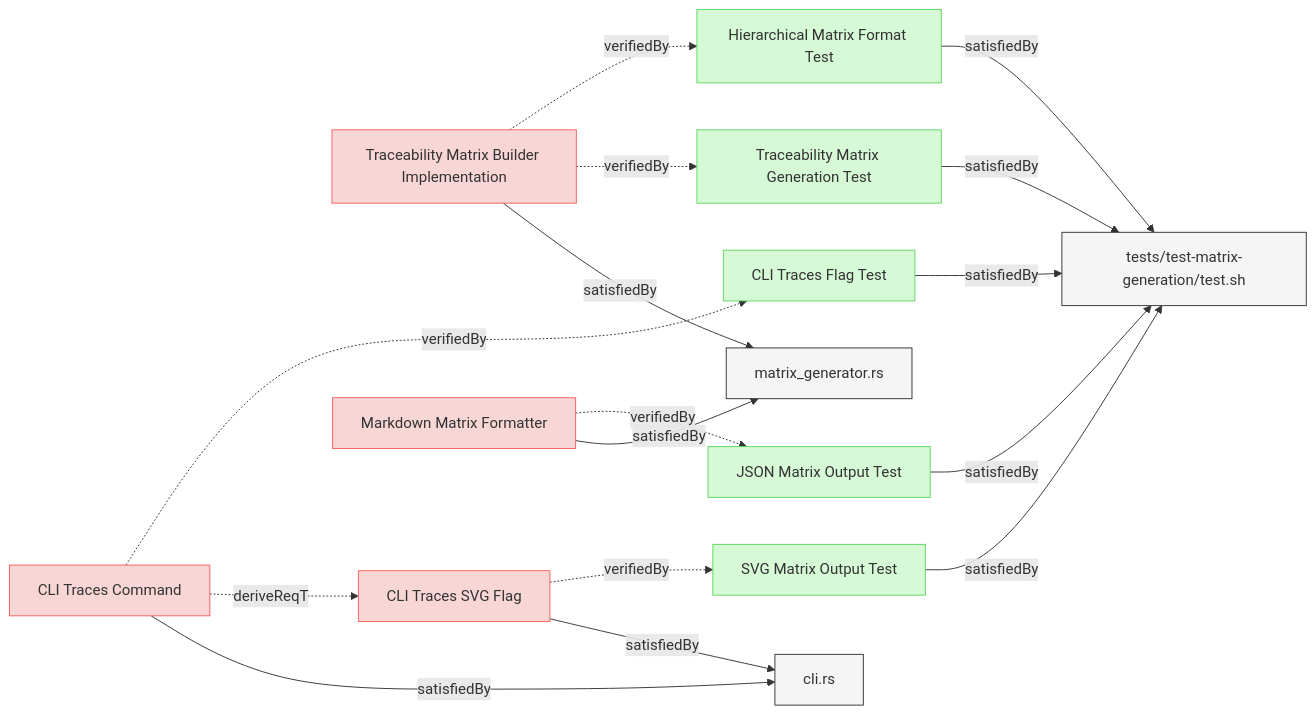
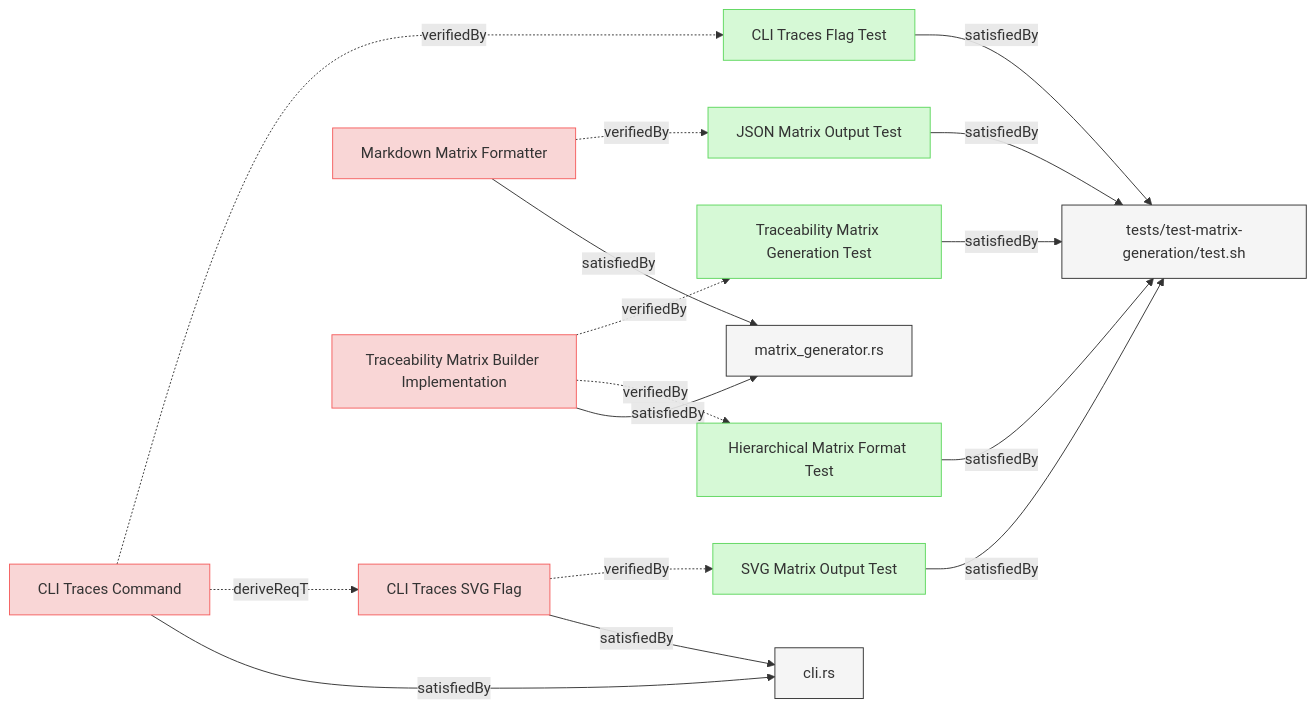
The diagram in specifications/Verifications/TreacibilityMatrix.md (reqvire-org/reqvire), drawn with Mermaid before and after one commit. The commit also changed other lines of this file and 23 other files, not shown here.

````diff
--- a/specifications/Verifications/TreacibilityMatrix.md
+++ b/specifications/Verifications/TreacibilityMatrix.md
@@ -6,78 +6,78 @@
 ```mermaid
 graph LR;
   %% Graph styling
   classDef requirement fill:#f9d6d6,stroke:#f55f5f,stroke-width:1px;
   classDef verification fill:#d6f9d6,stroke:#5fd75f,stroke-width:1px;
   classDef externalLink fill:#d0e0ff,stroke:#3080ff,stroke-width:1px;
   classDef default fill:#f5f5f5,stroke:#333333,stroke-width:1px;
 
+  5a25cf6244f4f44["Hierarchical Matrix Format Test"];
+  class 5a25cf6244f4f44 verification;
+  click 5a25cf6244f4f44 "TreacibilityMatrix.md#hierarchical-matrix-format-test";
+  8aec4f4d071ac12c["tests/test-matrix-generation/test.sh"];
+  class 8aec4f4d071ac12c default;
+  click 8aec4f4d071ac12c "../../tests/test-matrix-generation/test.sh";
+  5a25cf6244f4f44 -->|satisfiedBy| 8aec4f4d071ac12c;
   62b41611d85d4161["SVG Matrix Output Test"];
   class 62b41611d85d4161 verification;
   click 62b41611d85d4161 "TreacibilityMatrix.md#svg-matrix-output-test";
   8aec4f4d071ac12c["tests/test-matrix-generation/test.sh"];
   class 8aec4f4d071ac12c default;
   click 8aec4f4d071ac12c "../../tests/test-matrix-generation/test.sh";
   62b41611d85d4161 -->|satisfiedBy| 8aec4f4d071ac12c;
   aa85c85e7c41d899["Traceability Matrix Generation Test"];
   class aa85c85e7c41d899 verification;
   click aa85c85e7c41d899 "TreacibilityMatrix.md#traceability-matrix-generation-test";
   8aec4f4d071ac12c["tests/test-matrix-generation/test.sh"];
   class 8aec4f4d071ac12c default;
   click 8aec4f4d071ac12c "../../tests/test-matrix-generation/test.sh";
   aa85c85e7c41d899 -->|satisfiedBy| 8aec4f4d071ac12c;
+  7f6c7f917ed529ae["CLI Traces Flag Test"];
+  class 7f6c7f917ed529ae verification;
+  click 7f6c7f917ed529ae "TreacibilityMatrix.md#cli-traces-flag-test";
+  8aec4f4d071ac12c["tests/test-matrix-generation/test.sh"];
+  class 8aec4f4d071ac12c default;
+  click 8aec4f4d071ac12c "../../tests/test-matrix-generation/test.sh";
+  7f6c7f917ed529ae -->|satisfiedBy| 8aec4f4d071ac12c;
   50c290277850dd17["JSON Matrix Output Test"];
   class 50c290277850dd17 verification;
   click 50c290277850dd17 "TreacibilityMatrix.md#json-matrix-output-test";
   8aec4f4d071ac12c["tests/test-matrix-generation/test.sh"];
   class 8aec4f4d071ac12c default;
   click 8aec4f4d071ac12c "../../tests/test-matrix-generation/test.sh";
   50c290277850dd17 -->|satisfiedBy| 8aec4f4d071ac12c;
-  7f6c7f917ed529ae["CLI Traces Flag Test"];
-  class 7f6c7f917ed529ae verification;
-  click 7f6c7f917ed529ae "TreacibilityMatrix.md#cli-traces-flag-test";
-  8aec4f4d071ac12c["tests/test-matrix-generation/test.sh"];
-  class 8aec4f4d071ac12c default;
-  click 8aec4f4d071ac12c "../../tests/test-matrix-generation/test.sh";
-  7f6c7f917ed529ae -->|satisfiedBy| 8aec4f4d071ac12c;
-  5a25cf6244f4f44["Hierarchical Matrix Format Test"];
-  class 5a25cf6244f4f44 verification;
-  click 5a25cf6244f4f44 "TreacibilityMatrix.md#hierarchical-matrix-format-test";
-  8aec4f4d071ac12c["tests/test-matrix-generation/test.sh"];
-  class 8aec4f4d071ac12c default;
-  click 8aec4f4d071ac12c "../../tests/test-matrix-generation/test.sh";
-  5a25cf6244f4f44 -->|satisfiedBy| 8aec4f4d071ac12c;
-  b55d8517cd3e58["Traceability Matrix Builder Implementation"];
-  class b55d8517cd3e58 requirement;
-  click b55d8517cd3e58 "../SystemRequirements/Requirements.md#traceability-matrix-builder-implementation";
-  16bf75b57622c10["matrix_generator.rs"];
-  class 16bf75b57622c10 default;
-  click 16bf75b57622c10 "../../core/src/matrix_generator.rs";
-  b55d8517cd3e58 -->|satisfiedBy| 16bf75b57622c10;
-  b55d8517cd3e58 -.->|verifiedBy| aa85c85e7c41d899;
-  b55d8517cd3e58 -.->|verifiedBy| 5a25cf6244f4f44;
   1d9a1c502316e443["CLI Traces SVG Flag"];
   class 1d9a1c502316e443 requirement;
   click 1d9a1c502316e443 "../SystemRequirements/Requirements.md#cli-traces-svg-flag";
   80defdd4cbc7ee18["cli.rs"];
   class 80defdd4cbc7ee18 default;
   click 80defdd4cbc7ee18 "../../cli/src/cli.rs";
   1d9a1c502316e443 -->|satisfiedBy| 80defdd4cbc7ee18;
   1d9a1c502316e443 -.->|verifiedBy| 62b41611d85d4161;
   5bfc0d5fd7bba25["CLI Traces Command"];
   class 5bfc0d5fd7bba25 requirement;
   click 5bfc0d5fd7bba25 "../SystemRequirements/Requirements.md#cli-traces-command";
   80defdd4cbc7ee18["cli.rs"];
   class 80defdd4cbc7ee18 default;
   click 80defdd4cbc7ee18 "../../cli/src/cli.rs";
   5bfc0d5fd7bba25 -->|satisfiedBy| 80defdd4cbc7ee18;
   5bfc0d5fd7bba25 -.->|deriveReqT| 1d9a1c502316e443;
   5bfc0d5fd7bba25 -.->|verifiedBy| 7f6c7f917ed529ae;
   1b7491b67a792bc9["Markdown Matrix Formatter"];
   class 1b7491b67a792bc9 requirement;
   click 1b7491b67a792bc9 "../SystemRequirements/Requirements.md#markdown-matrix-formatter";
   16bf75b57622c10["matrix_generator.rs"];
   class 16bf75b57622c10 default;
   click 16bf75b57622c10 "../../core/src/matrix_generator.rs";
   1b7491b67a792bc9 -->|satisfiedBy| 16bf75b57622c10;
   1b7491b67a792bc9 -.->|verifiedBy| 50c290277850dd17;
+  b55d8517cd3e58["Traceability Matrix Builder Implementation"];
+  class b55d8517cd3e58 requirement;
+  click b55d8517cd3e58 "../SystemRequirements/Requirements.md#traceability-matrix-builder-implementation";
+  16bf75b57622c10["matrix_generator.rs"];
+  class 16bf75b57622c10 default;
+  click 16bf75b57622c10 "../../core/src/matrix_generator.rs";
+  b55d8517cd3e58 -->|satisfiedBy| 16bf75b57622c10;
+  b55d8517cd3e58 -.->|verifiedBy| 5a25cf6244f4f44;
+  b55d8517cd3e58 -.->|verifiedBy| aa85c85e7c41d899;
 ```
````
